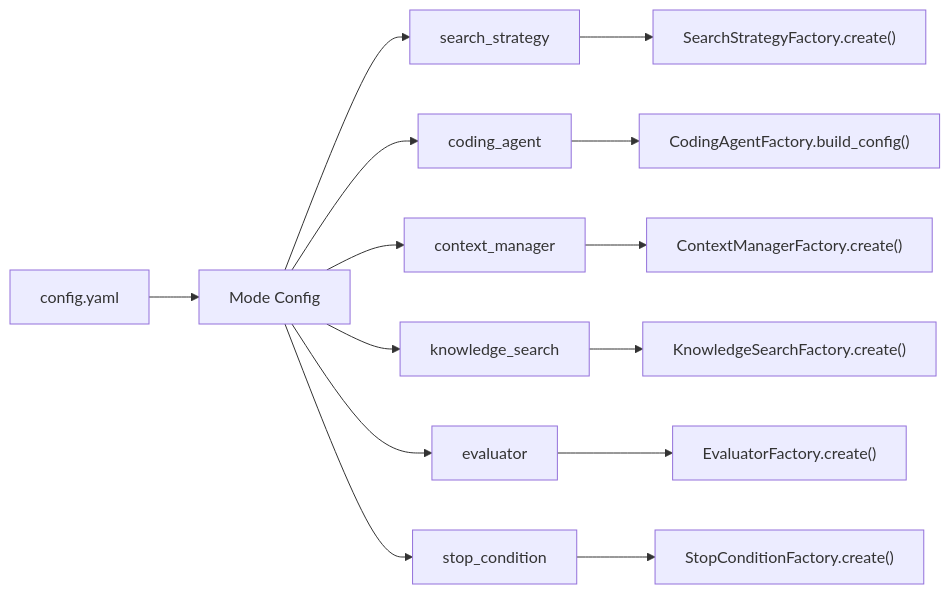
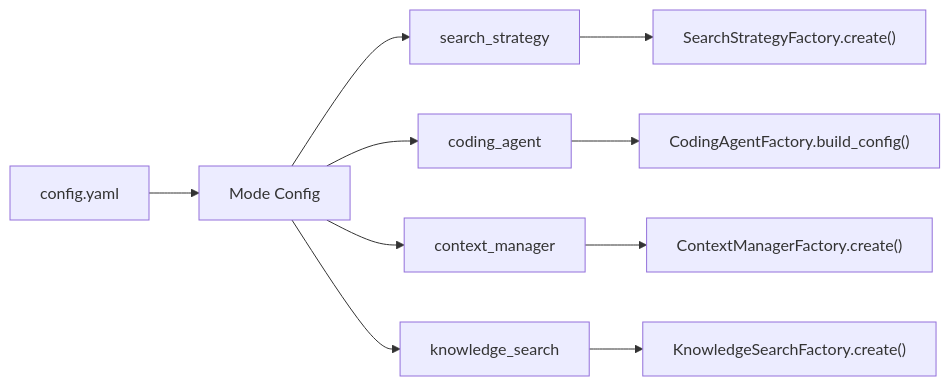
One commit to Leeroo-AI/kapso changed the second of 2 diagrams in docs/evolve/architecture.mdx. Above: the diagram before and after it, drawn with Mermaid. The commit also changed other lines of this file and 16 other files, not shown here.

````diff
--- a/docs/evolve/architecture.mdx
+++ b/docs/evolve/architecture.mdx
@@ -124,17 +121,13 @@
 ```mermaid
 flowchart LR
     YAML["config.yaml"] --> MODE["Mode Config"]
     MODE --> SS["search_strategy"]
     MODE --> CA["coding_agent"]
     MODE --> CM["context_manager"]
     MODE --> KS["knowledge_search"]
-    MODE --> EV["evaluator"]
-    MODE --> SC["stop_condition"]
 
     SS --> SSF["SearchStrategyFactory.create()"]
     CA --> CAF["CodingAgentFactory.build_config()"]
     CM --> CMF["ContextManagerFactory.create()"]
     KS --> KSF["KnowledgeSearchFactory.create()"]
-    EV --> EVF["EvaluatorFactory.create()"]
-    SC --> SCF["StopConditionFactory.create()"]
 ```
````
